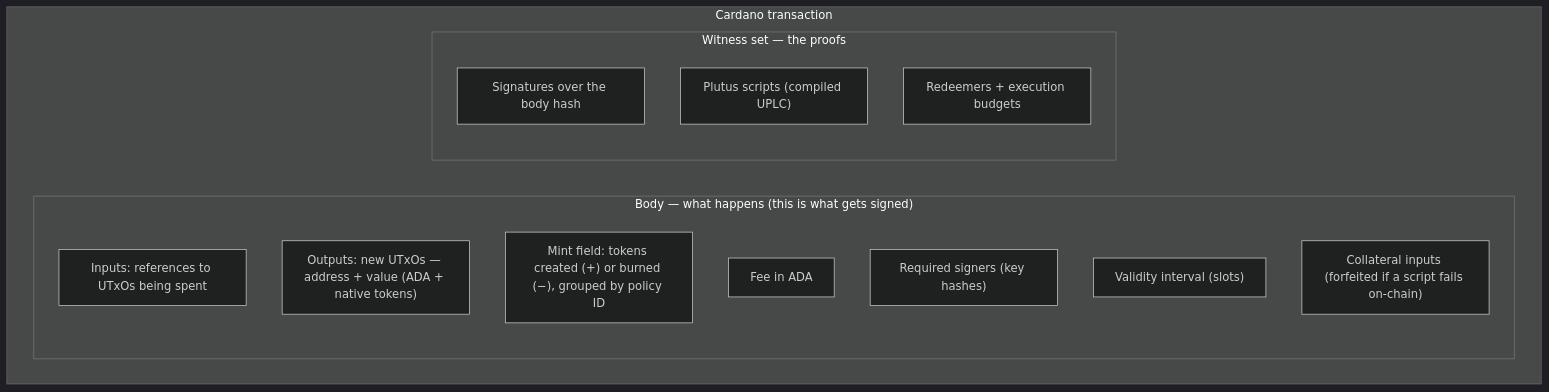
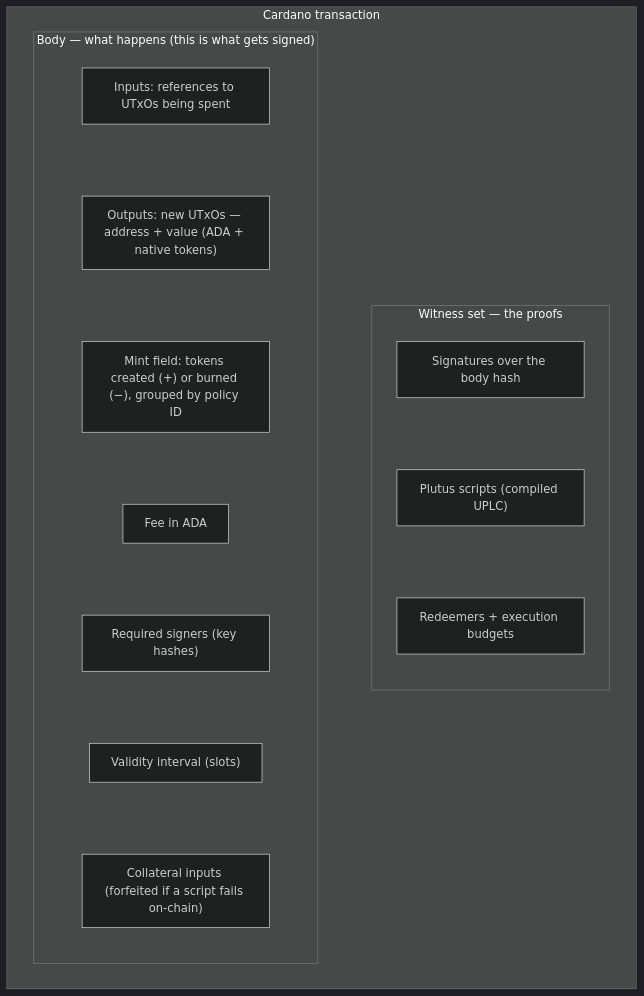
Before and after one commit to scalus3/scalus-starter: the first of 5 diagrams in docs/how-it-works.md, drawn with Mermaid (dark theme). The commit also changed other lines of this file, not shown here.

Commit message:
docs: stack transaction fields vertically in mermaid diagrams
Chain the body and witness-set elements with invisible links and set
subgraph direction TB so transaction fields read top to bottom, with
body and witness set side by side.

````diff
--- a/docs/how-it-works.md
+++ b/docs/how-it-works.md
@@ -22,20 +22,25 @@
 ```mermaid
-flowchart TB
+flowchart LR
     subgraph tx["Cardano transaction"]
         direction LR
         subgraph body["Body — what happens (this is what gets signed)"]
+            direction TB
             inputs["Inputs: references to UTxOs being spent"]
             outputs["Outputs: new UTxOs — address + value (ADA + native tokens)"]
             mintf["Mint field: tokens created (+) or burned (−), grouped by policy ID"]
             fee["Fee in ADA"]
             signers["Required signers (key hashes)"]
             validity["Validity interval (slots)"]
             collateral["Collateral inputs (forfeited if a script fails on-chain)"]
+            inputs ~~~ outputs ~~~ mintf ~~~ fee ~~~ signers ~~~ validity ~~~ collateral
         end
         subgraph wits["Witness set — the proofs"]
+            direction TB
             vkey["Signatures over the body hash"]
             scripts["Plutus scripts (compiled UPLC)"]
             redeemers["Redeemers + execution budgets"]
+            vkey ~~~ scripts ~~~ redeemers
         end
+        body ~~~ wits
     end
 ```
````
